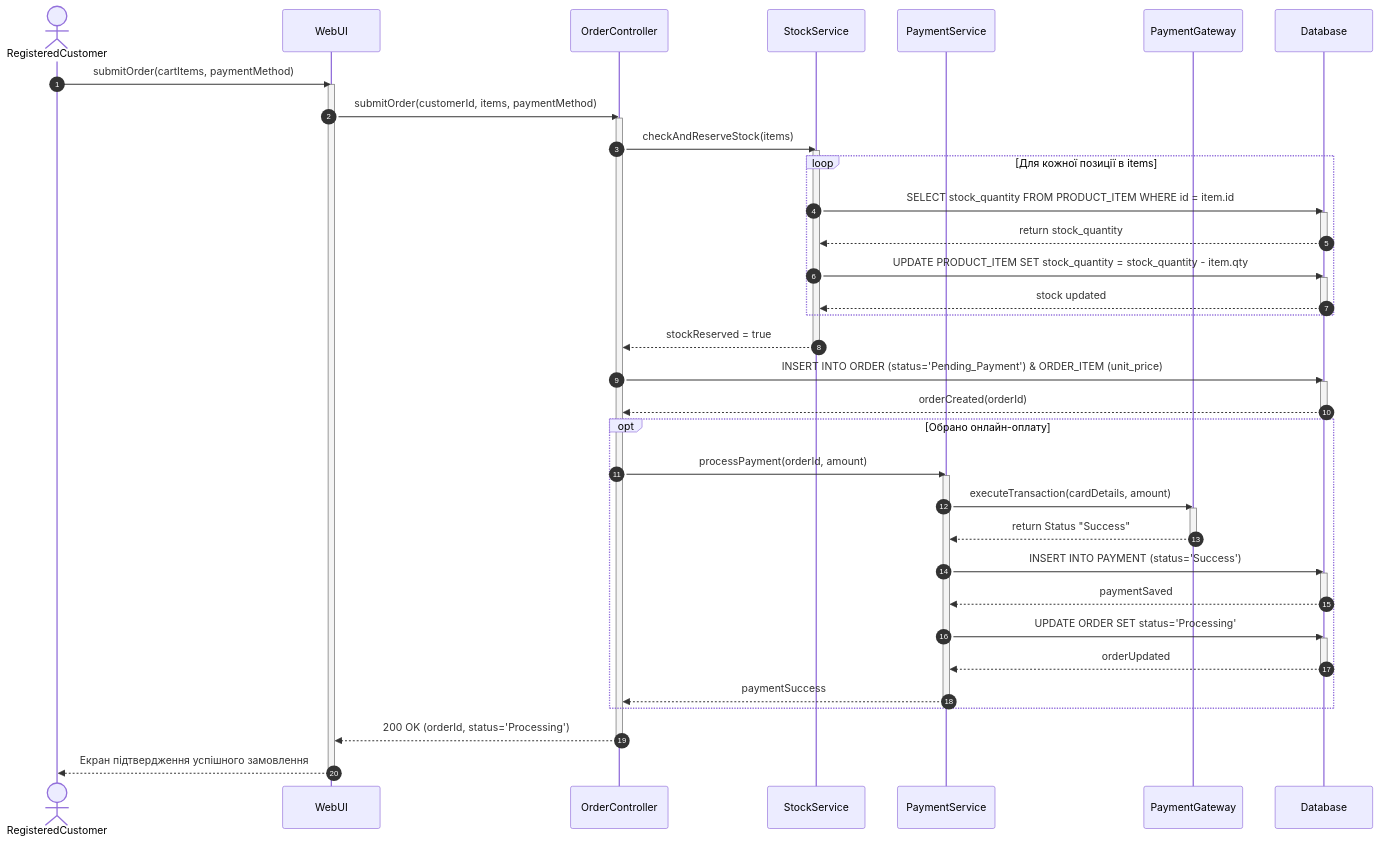
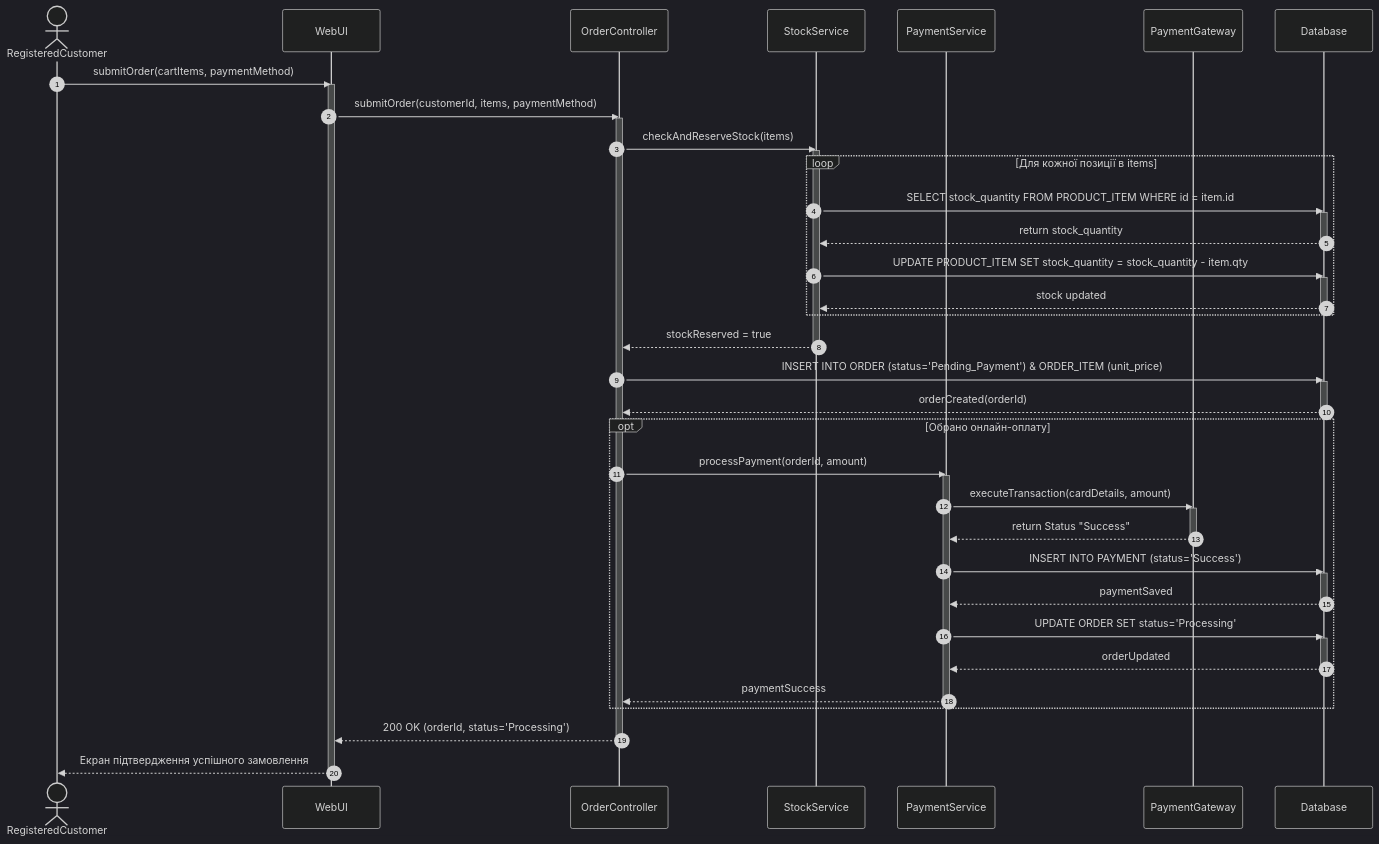
One commit to martagoricko-lang/requirements-modeling-labs changed the diagram in lab3/scenario1.mmd. Above: the diagram before and after it, drawn with Mermaid.

```diff
--- a/lab3/scenario1.mmd
+++ b/lab3/scenario1.mmd
@@ -1,59 +1,59 @@
-%%{init: {'theme': 'default'}}%%
+%%{init: {'theme': 'dark'}}%%
 sequenceDiagram
     autonumber
     actor Customer as RegisteredCustomer
     participant UI as WebUI
     participant Controller as OrderController
     participant Stock as StockService
     participant Payment as PaymentService
     participant Gateway as PaymentGateway
     participant DB as Database
 
     Customer->>UI: submitOrder(cartItems, paymentMethod)
     activate UI
     UI->>Controller: submitOrder(customerId, items, paymentMethod)
     activate Controller
 
     Controller->>Stock: checkAndReserveStock(items)
     activate Stock
     loop Для кожної позиції в items
         Stock->>DB: SELECT stock_quantity FROM PRODUCT_ITEM WHERE id = item.id
         activate DB
         DB-->>Stock: return stock_quantity
         deactivate DB
         Stock->>DB: UPDATE PRODUCT_ITEM SET stock_quantity = stock_quantity - item.qty
         activate DB
         DB-->>Stock: stock updated
         deactivate DB
     end
     Stock-->>Controller: stockReserved = true
     deactivate Stock
 
     Controller->>DB: INSERT INTO ORDER (status='Pending_Payment') & ORDER_ITEM (unit_price)
     activate DB
     DB-->>Controller: orderCreated(orderId)
     deactivate DB
 
     opt Обрано онлайн-оплату
         Controller->>Payment: processPayment(orderId, amount)
         activate Payment
         Payment->>Gateway: executeTransaction(cardDetails, amount)
         activate Gateway
         Gateway-->>Payment: return Status "Success"
         deactivate Gateway
         Payment->>DB: INSERT INTO PAYMENT (status='Success')
         activate DB
         DB-->>Payment: paymentSaved
         deactivate DB
         Payment->>DB: UPDATE ORDER SET status='Processing'
         activate DB
         DB-->>Payment: orderUpdated
         deactivate DB
         Payment-->>Controller: paymentSuccess
         deactivate Payment
     end
 
     Controller-->>UI: 200 OK (orderId, status='Processing')
     deactivate Controller
     UI-->>Customer: Екран підтвердження успішного замовлення
     deactivate UI
```
